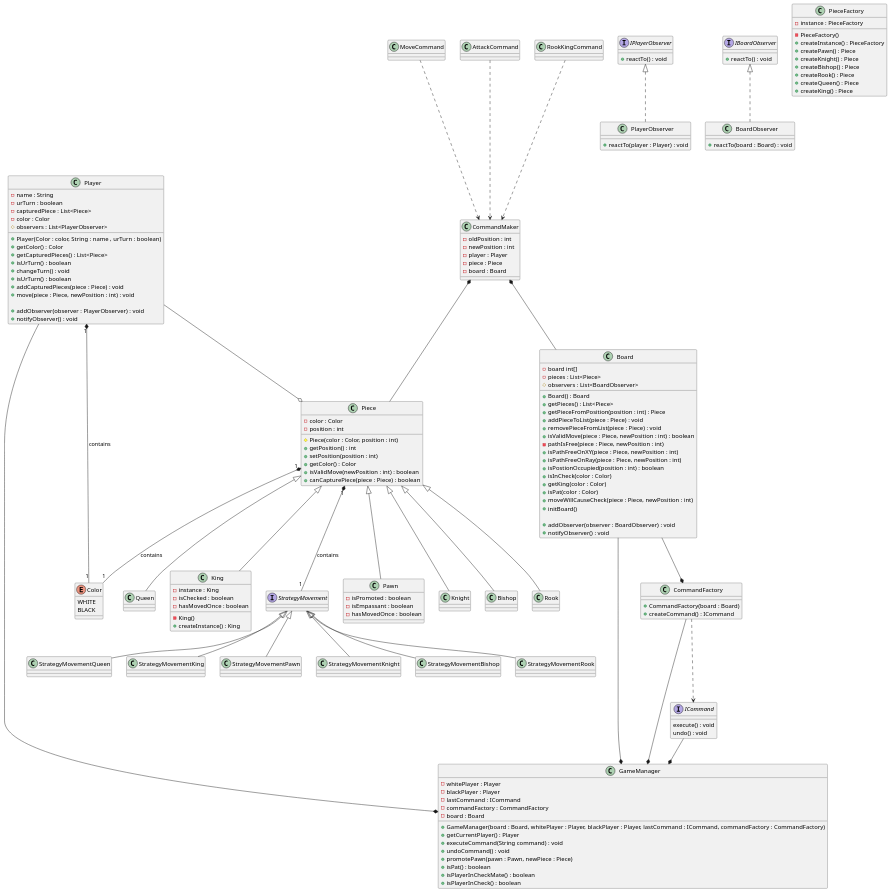
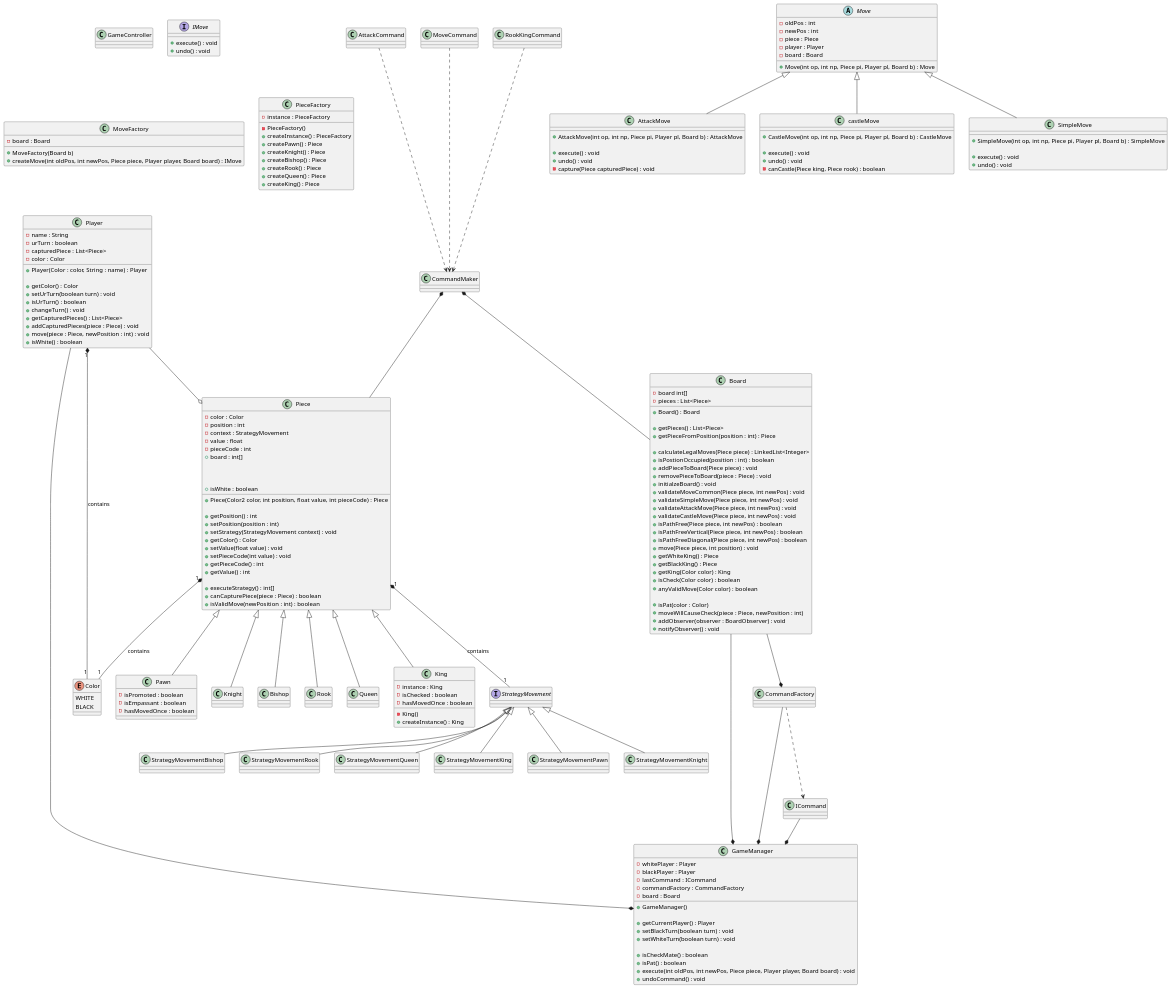
One commit to BerBie0/chessgame changed the diagram in uml/chess.puml. Above: the diagram before and after it, drawn with PlantUML. The commit also changed 3 other files, not shown here.

Commit message:
update uml

```diff
--- a/uml/chess.puml
+++ b/uml/chess.puml
@@ -9,55 +9,169 @@
 class King extends Piece
 interface StrategyMovement
 
+class GameController {
 
+}
+class GameManager{
+    -whitePlayer : Player
+    -blackPlayer : Player
+    -lastCommand : ICommand
+    -commandFactory : CommandFactory
+    -board : Board
 
-interface IPlayerObserver
-{
-    +reactTo() : void
-}
+    +GameManager()
 
-interface IBoardObserver
-{
-    +reactTo() : void
-}
-class BoardObserver implements IBoardObserver
-{
-    +reactTo(board : Board) : void
-}
-class PlayerObserver implements IPlayerObserver
-{
-    +reactTo(player : Player) : void
+    +getCurrentPlayer() : Player
+    +setBlackTurn(boolean turn) : void
+    +setWhiteTurn(boolean turn) : void
+
+    +isCheckMate() : boolean
+    +isPat() : boolean
+    +execute(int oldPos, int newPos, Piece piece, Player player, Board board) : void
+    +undoCommand() : void
 }
 
 
-enum Color {
-    WHITE
-    BLACK
-}
+
+
+
 
 class Board {
     -board int[]
     -pieces : List<Piece>
-    #observers : List<BoardObserver>
 
     +Board() : Board
+
     +getPieces() : List<Piece>
     +getPieceFromPosition(position : int) : Piece
-    +addPieceToList(piece : Piece) : void
-    +removePieceFromList(piece : Piece) : void
-    +isValidMove(piece : Piece, newPosition : int) : boolean
-    -pathIsFree(piece : Piece, newPosition : int)
-    +isPathFreeOnXY(piece : Piece, newPosition : int)
-    +isPathFreeOnRay(piece : Piece, newPosition : int)
+
+    +calculateLegalMoves(Piece piece) : LinkedList<Integer>
     +isPostionOccupied(position : int) : boolean
-    +isInCheck(color : Color)
-    +getKing(color : Color)
+    +addPieceToBoard(Piece piece) : void
+    +removePieceToBoard(piece : Piece) : void
+    +initialzeBoard() : void
+    +validateMoveCommon(Piece piece, int newPos) : void
+    +validateSimpleMove(Piece piece, int newPos) : void
+    +validateAttackMove(Piece piece, int newPos) : void
+    +validateCastleMove(Piece piece, int newPos) : void
+    +isPathFree(Piece piece, int newPos) : boolean
+    +isPathFreeVertical(Piece piece, int newPos) : boolean
+    +isPathFreeDiagonal(Piece piece, int newPos) : boolean
+    +move(Piece piece, int position) : void
+    +getWhiteKing() : Piece
+    +getBlackKing() : Piece
+    +getKing(Color color) : King
+    +isCheck(Color color) : boolean
+    +anyValidMove(Color color) : boolean
+
     +isPat(color : Color)
     +moveWillCauseCheck(piece : Piece, newPosition : int)
-    +initBoard()
+
 
     +addObserver(observer : BoardObserver) : void
     +notifyObserver() : void
+}
+
+class AttackMove extends Move {
+    +AttackMove(int op, int np, Piece pi, Player pl, Board b) : AttackMove
+
+    +execute() : void
+    +undo() : void
+    -capture(Piece capturedPiece) : void
+}
+
+class castleMove extends Move {
+    +CastleMove(int op, int np, Piece pi, Player pl, Board b) : CastleMove
+
+    +execute() : void
+    +undo() : void
+    -canCastle(Piece king, Piece rook) : boolean
+}
+
+class SimpleMove extends Move {
+    +SimpleMove(int op, int np, Piece pi, Player pl, Board b) : SimpleMove
+
+    +execute() : void
+    +undo() : void
+}
+
+interface IMove
+{
+    +execute() : void
+    +undo() : void
+}
+
+abstract class Move {
+    -oldPos : int
+    -newPos : int
+    -piece : Piece
+    -player : Player
+    -board : Board
+
+    +Move(int op, int np, Piece pi, Player pl, Board b) : Move
+}
+
+class MoveFactory {
+    -board : Board
+
+    +MoveFactory(Board b)
+    +createMove(int oldPos, int newPos, Piece piece, Player player, Board board) : IMove
+}
+
+
+
+
+
+class Bishop {
+}
+
+class King {
+    -instance : King
+    -isChecked : boolean
+    -hasMovedOnce : boolean
+    -King()
+    +createInstance() : King
+}
+
+class Knight {
+}
+
+class Pawn {
+    -isPromoted : boolean
+    -isEmpassant : boolean
+    -hasMovedOnce : boolean
+}
+
+class Piece {
+    -color : Color
+    -position : int
+    -context : StrategyMovement
+    -value : float
+    -pieceCode : int
+    +board : int[]
+
+    +Piece(Color2 color, int position, float value, int pieceCode) : Piece
+
+    +getPosition() : int
+    +setPosition(position : int)
+    +setStrategy(StrategyMovement context) : void
+    +getColor() : Color
+    +setValue(float value) : void
+    +setPieceCode(int value) : void
+    +getPieceCode() : int
+    +getValue() : int
+
+    +executeStrategy() : int[]
+    +isWhite : boolean
+    +canCapturePiece(piece : Piece) : boolean
+    +isValidMove(newPosition : int) : boolean
+
+}
+
+class Queen {
+}
+
+class Rook {
 }
 
 class Player {
@@ -65,63 +179,22 @@
     -urTurn : boolean
     -capturedPiece : List<Piece>
     -color : Color
-    #observers : List<PlayerObserver>
 
-    +Player(Color : color, String : name , urTurn : boolean)
+    +Player(Color : color, String : name) : Player
+
     +getColor() : Color
-    +getCapturedPieces() : List<Piece>
+    +setUrTurn(boolean turn) : void
     +isUrTurn() : boolean
     +changeTurn() : void
-    +isUrTurn() : boolean
+    +getCapturedPieces() : List<Piece>
     +addCapturedPieces(piece : Piece) : void
     +move(piece : Piece, newPosition : int) : void
-
-    +addObserver(observer : PlayerObserver) : void
-    +notifyObserver() : void
+    +isWhite() : boolean
 }
 
-class GameManager{
-    -whitePlayer : Player
-    -blackPlayer : Player
-    -lastCommand : ICommand
-    -commandFactory : CommandFactory
-    -board : Board
-
-    +GameManager(board : Board, whitePlayer : Player, blackPlayer : Player, lastCommand : ICommand, commandFactory : CommandFactory)
-    +getCurrentPlayer() : Player
-    +executeCommand(String command) : void
-    +undoCommand() : void
-    +promotePawn(pawn : Pawn, newPiece : Piece)
-    +isPat() : boolean
-    +isPlayerInCheckMate() : boolean
-    +isPlayerInCheck() : boolean
-}
-
-
-
-class CommandFactory {
-    +CommandFactory(board : Board)
-    +createCommand() : ICommand
-}
-
-interface ICommand{
-    execute() : void
-    undo() : void
-}
-
-class CommandMaker {
-    -oldPosition : int
-    -newPosition : int
-    -player : Player
-    -piece : Piece
-    -board : Board
-}
-
-class MoveCommand {
-}
-class AttackCommand {
-}
-class RookKingCommand {
+enum Color {
+    WHITE
+    BLACK
 }
 
 class PieceFactory {
@@ -136,36 +209,11 @@
     +createQueen() : Piece
     +createKing() : Piece
 }
-class Piece {
-    -color : Color
-    -position : int
-    #Piece(color : Color, position : int)
-    +getPosition() : int
-    +setPosition(position : int)
-    +getColor() : Color
-    +isValidMove(newPosition : int) : boolean
-    +canCapturePiece(piece : Piece) : boolean
-}
-class Pawn {
-    -isPromoted : boolean
-    -isEmpassant : boolean
-    -hasMovedOnce : boolean
-}
-class King {
-    -instance : King
-    -isChecked : boolean
-    -hasMovedOnce : boolean
-    -King()
-    +createInstance() : King
-}
-class Queen {
-}
-class Knight {
-}
-class Bishop {
-}
-class Rook {
-}
+
+
+
+
+
 
 Piece "1" *-- "1" StrategyMovement : contains
 Piece "1" *-- "1" Color : contains
```
